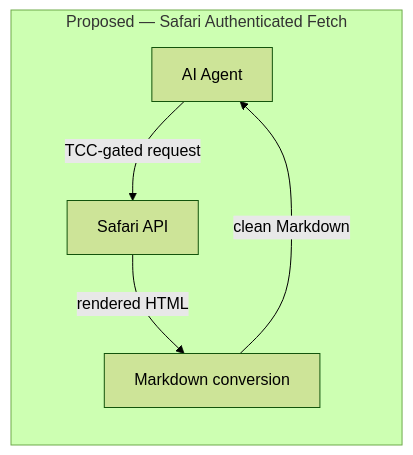
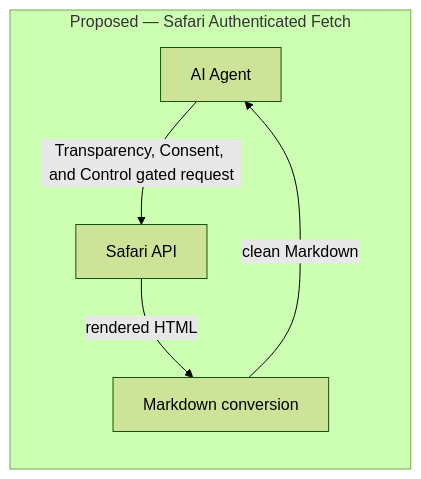
The third of 3 diagrams in articles/apple-credentialed-fetch-proposal.md (PhenomML/cc-tools), drawn with Mermaid (forest theme) before and after one commit. The commit also changed other lines of this file and 1 other file, not shown here.

````diff
--- a/articles/apple-credentialed-fetch-proposal.md
+++ b/articles/apple-credentialed-fetch-proposal.md
@@ -70,8 +43,8 @@
 ```mermaid
 flowchart LR
     subgraph proposed["Proposed — Safari Authenticated Fetch"]
-        A2[AI Agent] -->|TCC-gated request| B2[Safari API]
+        A2[AI Agent] -->|Transparency, Consent, and Control gated request| B2[Safari API]
         B2 -->|rendered HTML| C2[Markdown conversion]
         C2 -->|clean Markdown| A2
     end
 ```
````
